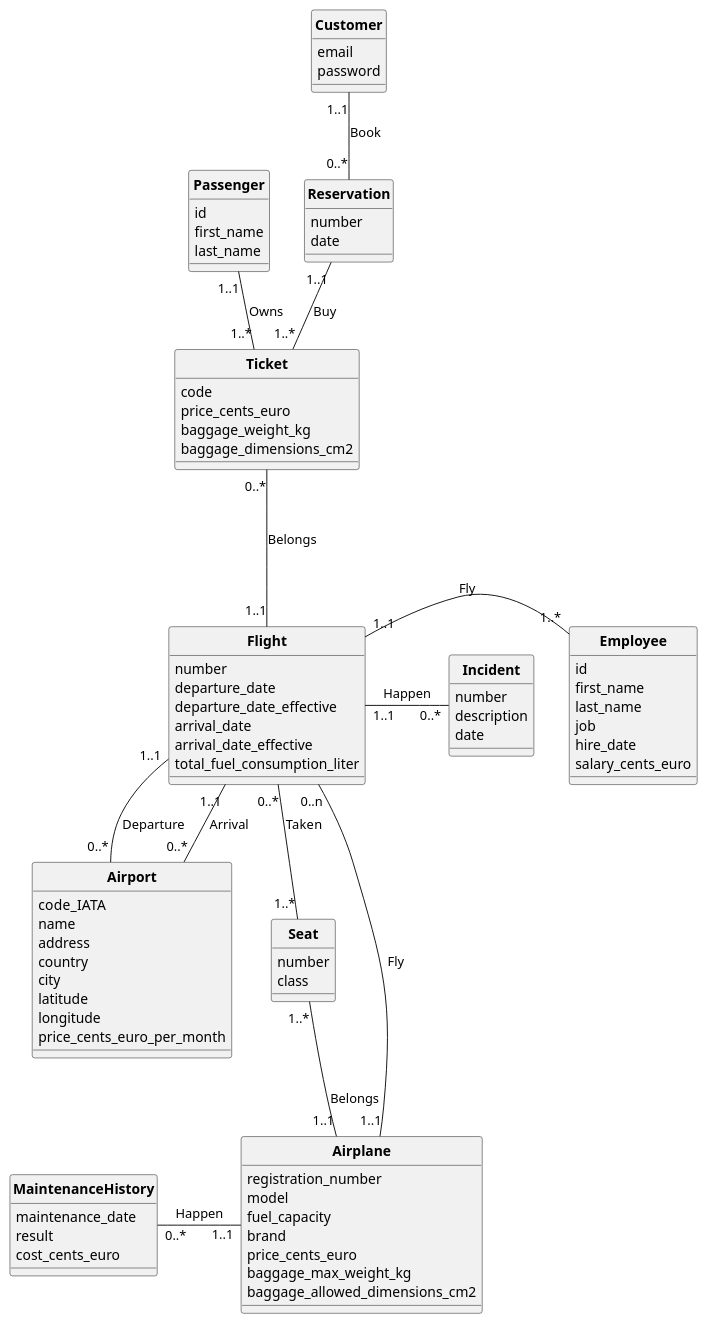
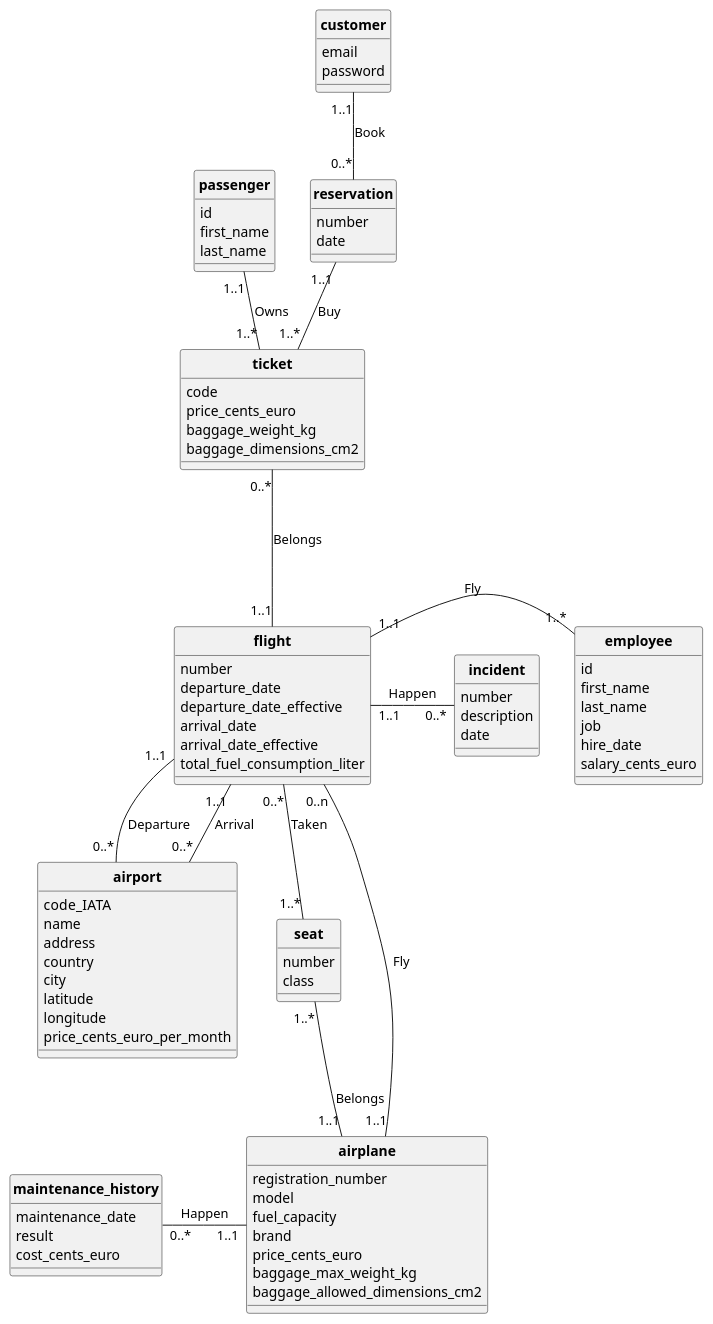
Before and after one commit to cnam-theoludwig/cnam-database: the diagram in docs/MCD.puml, drawn with PlantUML. The commit also changed 15 other files, not shown here.

```diff
--- a/docs/MCD.puml
+++ b/docs/MCD.puml
@@ -1,104 +1,104 @@
 @startuml UML
 
 skinparam style strictuml
 skinparam classAttributeIconSize 0
 skinparam classFontStyle Bold
 hide enum methods
 
-class Flight {
+class flight {
   number
   departure_date
   departure_date_effective
   arrival_date
   arrival_date_effective
   total_fuel_consumption_liter
 }
 
-class Airport {
+class airport {
   code_IATA
   name
   address
   country
   city
   latitude
   longitude
   price_cents_euro_per_month
 }
 
-class Airplane {
+class airplane {
   registration_number
   model
   fuel_capacity
   brand
   price_cents_euro
   baggage_max_weight_kg
   baggage_allowed_dimensions_cm2
 }
 
-class MaintenanceHistory {
+class maintenance_history {
   maintenance_date
   result
   cost_cents_euro
 }
 
-class Employee {
+class employee {
   id
   first_name
   last_name
   job
   hire_date
   salary_cents_euro
 }
 
-class Passenger {
+class passenger {
   id
   first_name
   last_name
 }
 
-class Ticket {
+class ticket {
   code
   price_cents_euro
   baggage_weight_kg
   baggage_dimensions_cm2
 }
 
-class Customer {
+class customer {
   email
   password
 }
 
-class Seat {
+class seat {
   number
   class
 }
 
-class Reservation {
+class reservation {
   number
   date
 }
 
-class Incident {
+class incident {
   number
   description
   date
 }
 
-Airplane "1..1" -- "0..n" Flight : Fly
-Seat "1..*" -- "1..1" Airplane : Belongs
-Employee "1..*" -left- "1..1" Flight : Fly
-Passenger "1..1" -- "1..*" Ticket : Owns
-Ticket "0..*" --- "1..1" Flight : Belongs
-Flight "0..*" -- "1..*" Seat : Taken
-Reservation "1..1" -- "1..*" Ticket : Buy
+airplane "1..1" -- "0..n" flight : Fly
+seat "1..*" -- "1..1" airplane : Belongs
+employee "1..*" -left- "1..1" flight : Fly
+passenger "1..1" -- "1..*" ticket : Owns
+ticket "0..*" --- "1..1" flight : Belongs
+flight "0..*" -- "1..*" seat : Taken
+reservation "1..1" -- "1..*" ticket : Buy
 
-MaintenanceHistory "0..*" -right- "1..1" Airplane : Happen
+maintenance_history "0..*" -right- "1..1" airplane : Happen
 
-Flight "1..1" -right- "0..*" Incident : Happen
+flight "1..1" -right- "0..*" incident : Happen
 
-Flight "1..1" -- "0..*" Airport : Departure
-Flight "1..1" -- "0..*" Airport : Arrival
+flight "1..1" -- "0..*" airport : Departure
+flight "1..1" -- "0..*" airport : Arrival
 
-Customer "1..1" -- "0..*" Reservation : Book
+customer "1..1" -- "0..*" reservation : Book
 
 @enduml
```
